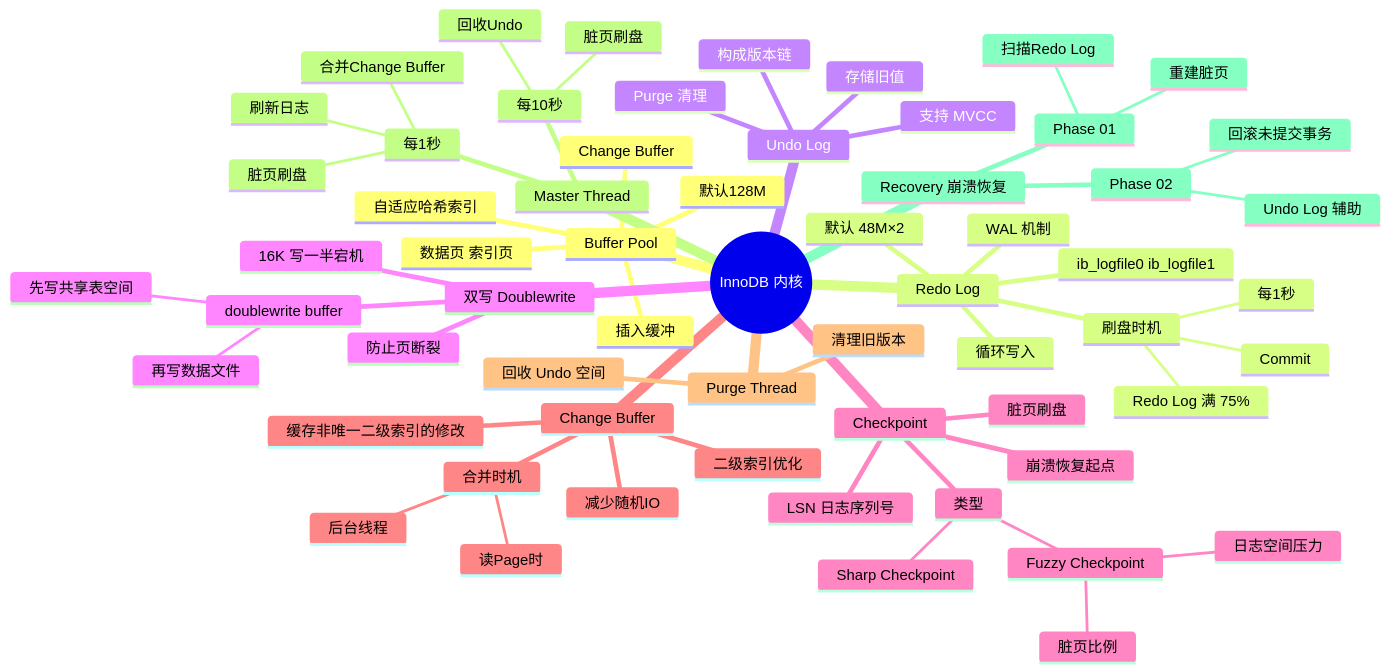
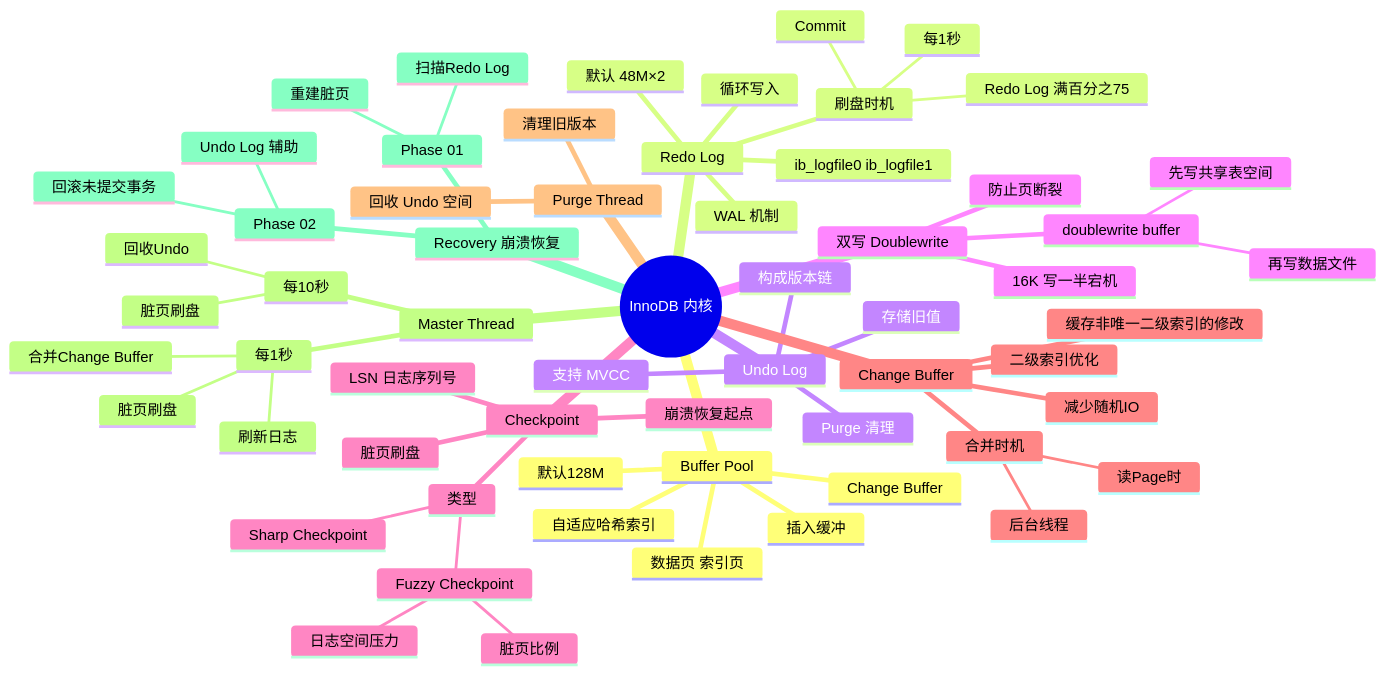
The ninth of 11 diagrams in appendix/mind-maps/README.md (jingyu525/mysql-first-principles), drawn with Mermaid before and after one commit. The commit also changed other lines of this file, not shown here.

Commit message:
fix: 移除 Mermaid mindmap 中所有特殊字符（= + % 括号），改用纯文本描述

````diff
--- a/appendix/mind-maps/README.md
+++ b/appendix/mind-maps/README.md
@@ -437,64 +437,64 @@
 ```mermaid
 mindmap
   root((InnoDB 内核))
     Buffer Pool
       默认128M
       数据页 索引页
       插入缓冲
       自适应哈希索引
       Change Buffer
     Redo Log
       WAL 机制
       循环写入
       ib_logfile0 ib_logfile1
       默认 48M×2
       刷盘时机
         Commit
         每1秒
-        Redo Log 满 75%
+        Redo Log 满百分之75
     Undo Log
       存储旧值
       构成版本链
       支持 MVCC
       Purge 清理
     双写 Doublewrite
       防止页断裂
       16K 写一半宕机
       doublewrite buffer
         先写共享表空间
         再写数据文件
     Checkpoint
       LSN 日志序列号
       脏页刷盘
       崩溃恢复起点
       类型
         Sharp Checkpoint
         Fuzzy Checkpoint
           脏页比例
           日志空间压力
     Change Buffer
       二级索引优化
       缓存非唯一二级索引的修改
       减少随机IO
       合并时机
         读Page时
         后台线程
     Purge Thread
       清理旧版本
       回收 Undo 空间
     Master Thread
       每1秒
         刷新日志
         脏页刷盘
         合并Change Buffer
       每10秒
         脏页刷盘
         回收Undo
     Recovery 崩溃恢复
       Phase 01
         扫描Redo Log
         重建脏页
       Phase 02
         回滚未提交事务
         Undo Log 辅助
 ```
````
